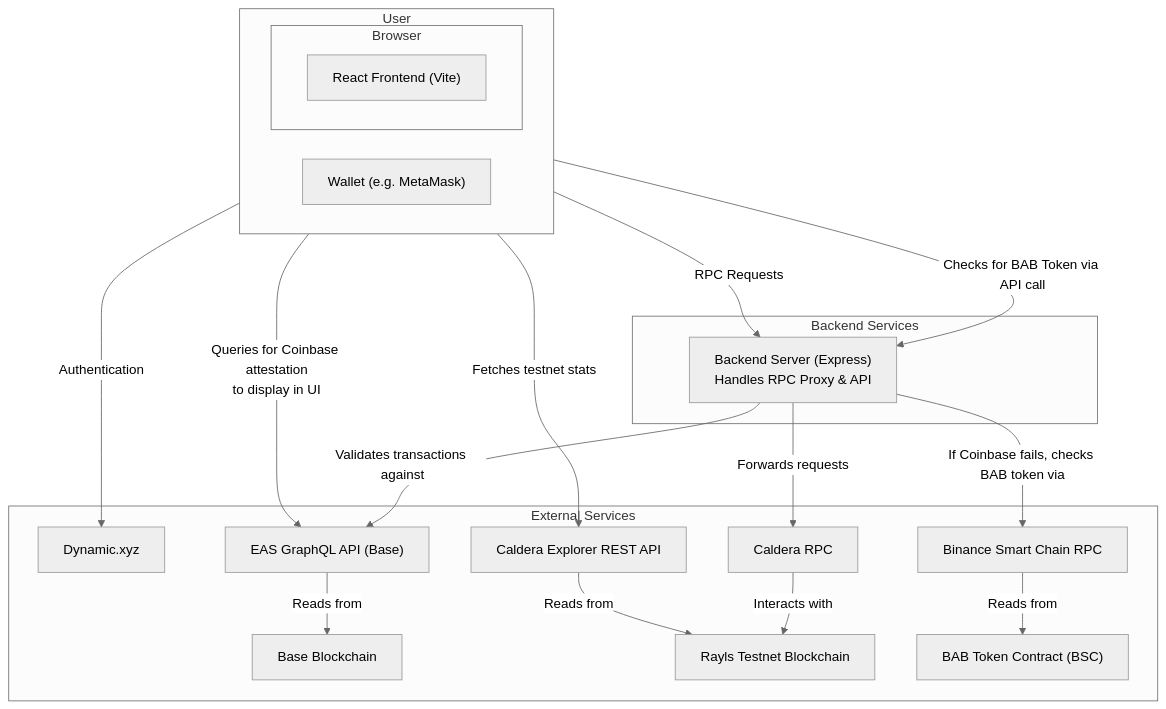
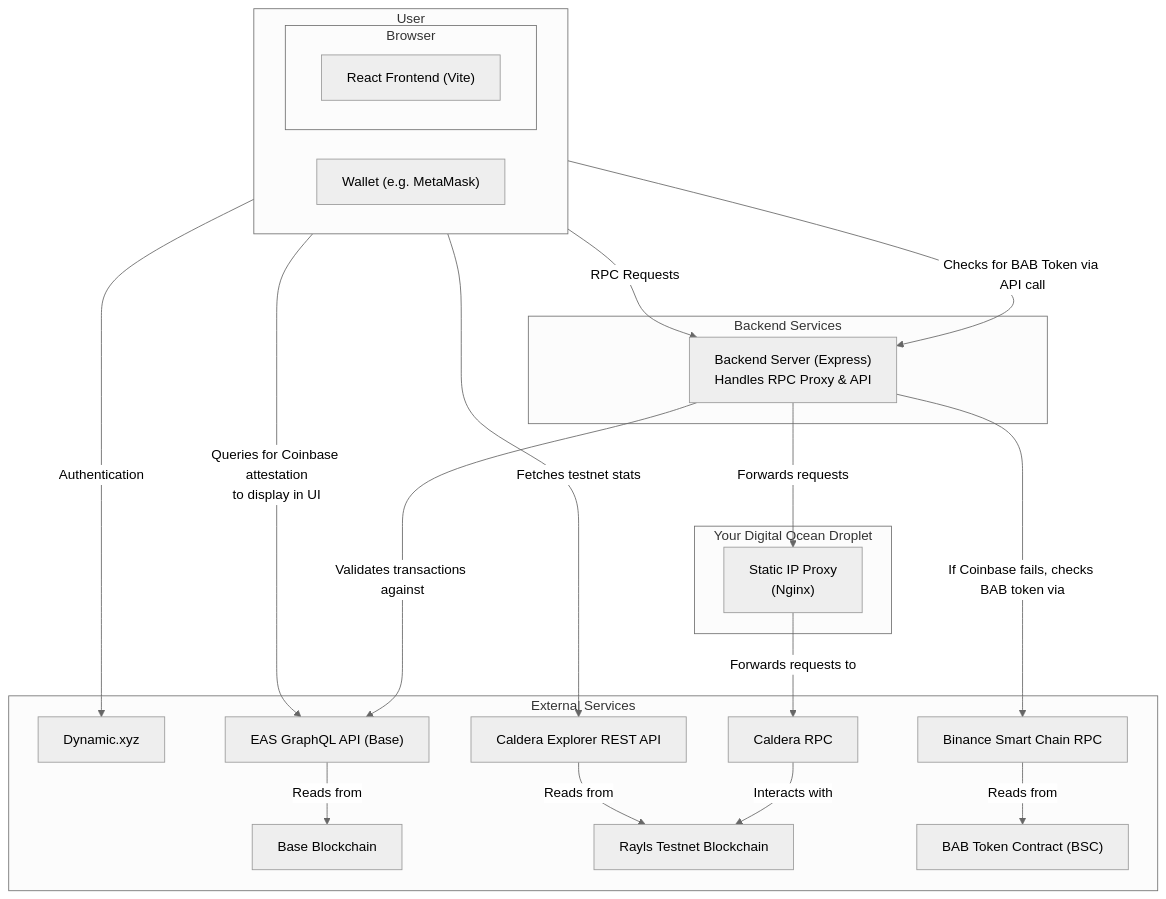
The diagram in README.md (AlexJupiter/rayls-dapp), drawn with Mermaid (neutral theme) before and after one commit. The commit also changed 1 other file, not shown here.

Commit message:
Adding static IP proxy server

````diff
--- a/README.md
+++ b/README.md
@@ -22,38 +22,43 @@
 ```mermaid
 graph TD
     subgraph "User"
         direction LR
         subgraph "Browser"
             A["React Frontend (Vite)"]
         end
         H["Wallet (e.g. MetaMask)"]
     end
 
     subgraph "Backend Services"
         B["Backend Server (Express)<br/>Handles RPC Proxy & API"]
+    end
+
+    subgraph "Your Digital Ocean Droplet"
+        P["Static IP Proxy<br/>(Nginx)"]
     end
 
     subgraph "External Services"
         C["Dynamic.xyz"]
         D["Caldera RPC"]
         E["EAS GraphQL API (Base)"]
         F["Base Blockchain"]
         G["Rayls Testnet Blockchain"]
         I["Caldera Explorer REST API"]
         J["Binance Smart Chain RPC"]
         K["BAB Token Contract (BSC)"]
     end
 
     A -- "Authentication" --> C;
     A -- "Queries for Coinbase attestation<br/>to display in UI" --> E;
     A -- "Checks for BAB Token via API call" --> B
     A -- "Fetches testnet stats" --> I;
     H -- "RPC Requests" --> B;
-    B -- "Forwards requests" --> D;
+    B -- "Forwards requests" --> P;
+    P -- "Forwards requests to" --> D;
     D -- "Interacts with" --> G;
     B -- "Validates transactions against" --> E;
     B -- "If Coinbase fails, checks BAB token via" --> J
     E -- "Reads from" --> F;
     I -- "Reads from" --> G;
     J -- "Reads from" --> K;
 ```
````
